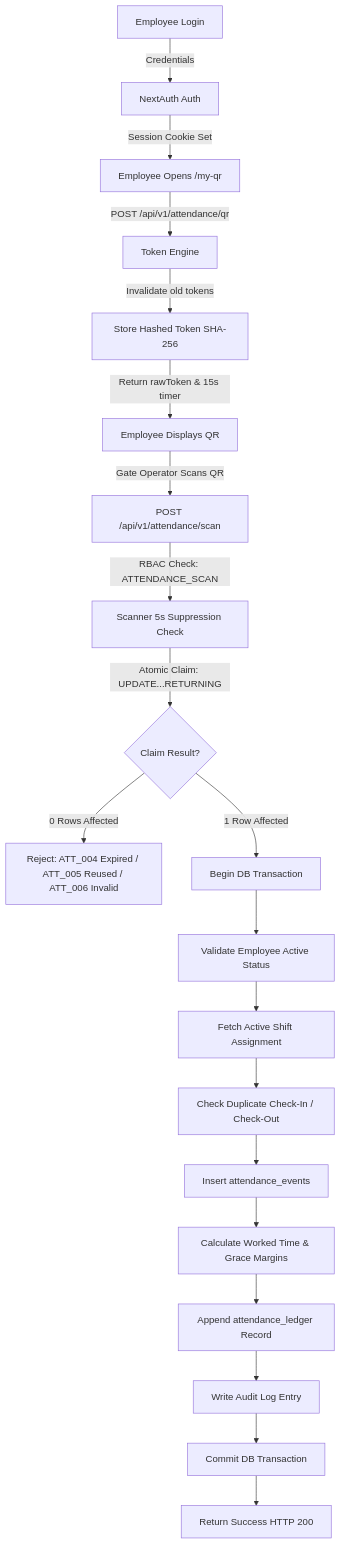
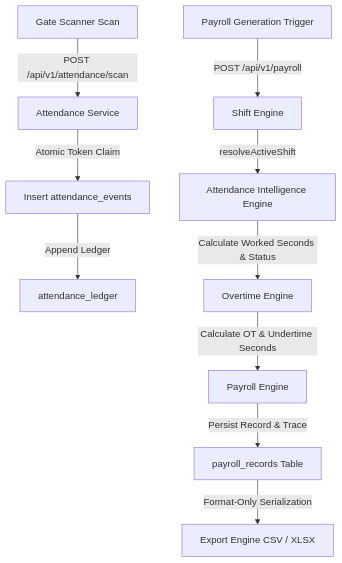
One commit to SOUMYA0023/WorkForce1 changed the second of 5 diagrams in ARCHITECTURE.md. Above: the diagram before and after it, drawn with Mermaid. The commit also changed other lines of this file and 17 other files, not shown here.

````diff
--- a/ARCHITECTURE.md
+++ b/ARCHITECTURE.md
@@ -62,25 +67,13 @@
 ```mermaid
 flowchart TD
-    A[Employee Login] -->|Credentials| B[NextAuth Auth]
-    B -->|Session Cookie Set| C[Employee Opens /my-qr]
-    C -->|POST /api/v1/attendance/qr| D[Token Engine]
-    D -->|Invalidate old tokens| E[Store Hashed Token SHA-256]
-    E -->|Return rawToken & 15s timer| F[Employee Displays QR]
+    A[Gate Scanner Scan] -->|POST /api/v1/attendance/scan| B[Attendance Service]
+    B -->|Atomic Token Claim| C[Insert attendance_events]
+    C -->|Append Ledger| D[attendance_ledger]
     
-    F -->|Gate Operator Scans QR| G[POST /api/v1/attendance/scan]
-    G -->|RBAC Check: ATTENDANCE_SCAN| H[Scanner 5s Suppression Check]
-    H -->|Atomic Claim: UPDATE...RETURNING| I{Claim Result?}
-    
-    I -- 0 Rows Affected --> J[Reject: ATT_004 Expired / ATT_005 Reused / ATT_006 Invalid]
-    I -- 1 Row Affected --> K[Begin DB Transaction]
-    
-    K --> L[Validate Employee Active Status]
-    L --> M[Fetch Active Shift Assignment]
-    M --> N[Check Duplicate Check-In / Check-Out]
-    N --> O[Insert attendance_events]
-    O --> P[Calculate Worked Time & Grace Margins]
-    P --> Q[Append attendance_ledger Record]
-    Q --> R[Write Audit Log Entry]
-    R --> S[Commit DB Transaction]
-    S --> T[Return Success HTTP 200]
+    E[Payroll Generation Trigger] -->|POST /api/v1/payroll| F[Shift Engine]
+    F -->|resolveActiveShift| G[Attendance Intelligence Engine]
+    G -->|Calculate Worked Seconds & Status| H[Overtime Engine]
+    H -->|Calculate OT & Undertime Seconds| I[Payroll Engine]
+    I -->|Persist Record & Trace| J[payroll_records Table]
+    J -->|Format-Only Serialization| K[Export Engine CSV / XLSX]
 ```
````
